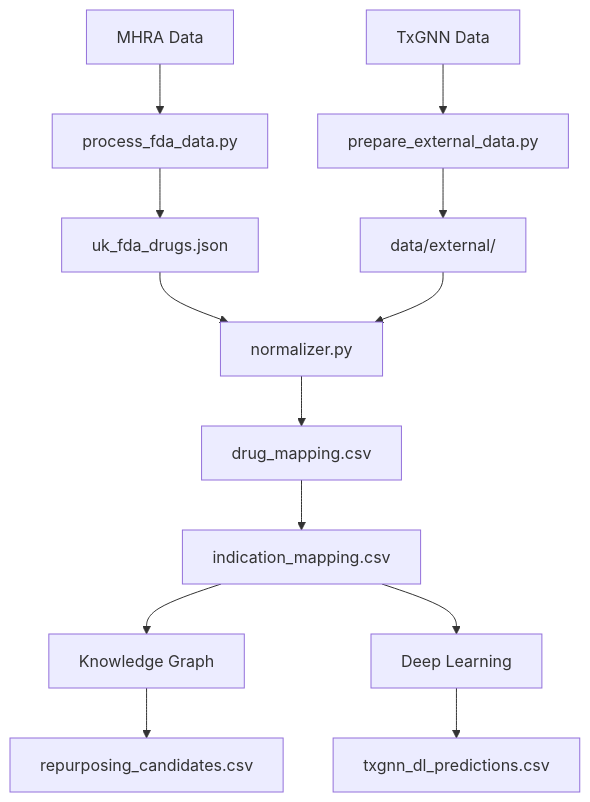
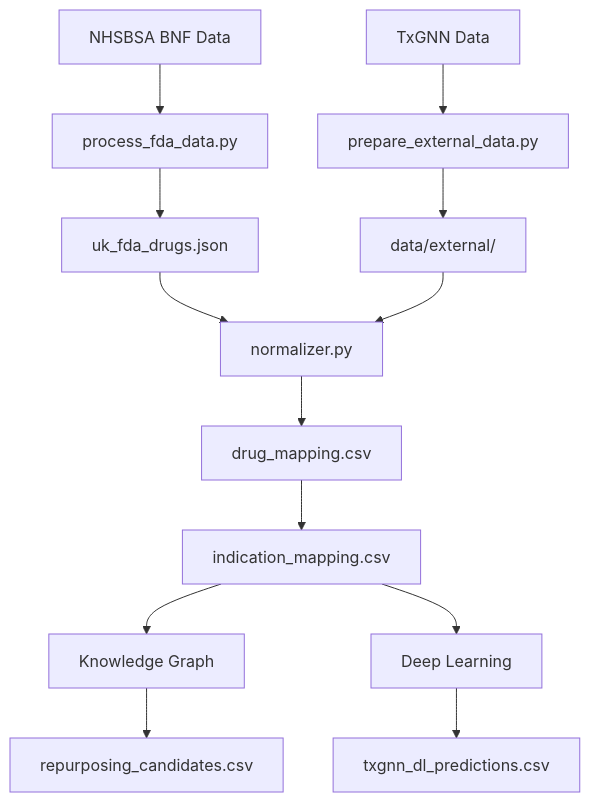
Before and after one commit to yao-care/UkTxGNN: the second of 2 diagrams in README.md, drawn with Mermaid. The commit also changed other lines of this file and 2 other files, not shown here.

First line of the commit message:
其餘資料來源描述改寫實際資料集：MHRA → NHSBSA BNF 代碼清單

````diff
--- a/README.md
+++ b/README.md
@@ -302,20 +302,20 @@
 ```mermaid
 flowchart TD
-    FDA["MHRA Data"] --> proc["process_fda_data.py"]
+    FDA["NHSBSA BNF Data"] --> proc["process_fda_data.py"]
     TxGNN["TxGNN Data"] --> prep["prepare_external_data.py"]
 
     proc --> json["uk_fda_drugs.json"]
     prep --> ext["data/external/"]
 
     json --> norm["normalizer.py"]
     ext --> norm
 
     norm --> drug_map["drug_mapping.csv"]
     drug_map --> ind_map["indication_mapping.csv"]
 
     ind_map --> KG["Knowledge Graph"]
     ind_map --> DL["Deep Learning"]
 
     KG --> kg_out["repurposing_candidates.csv"]
     DL --> dl_out["txgnn_dl_predictions.csv"]
 ```
````
